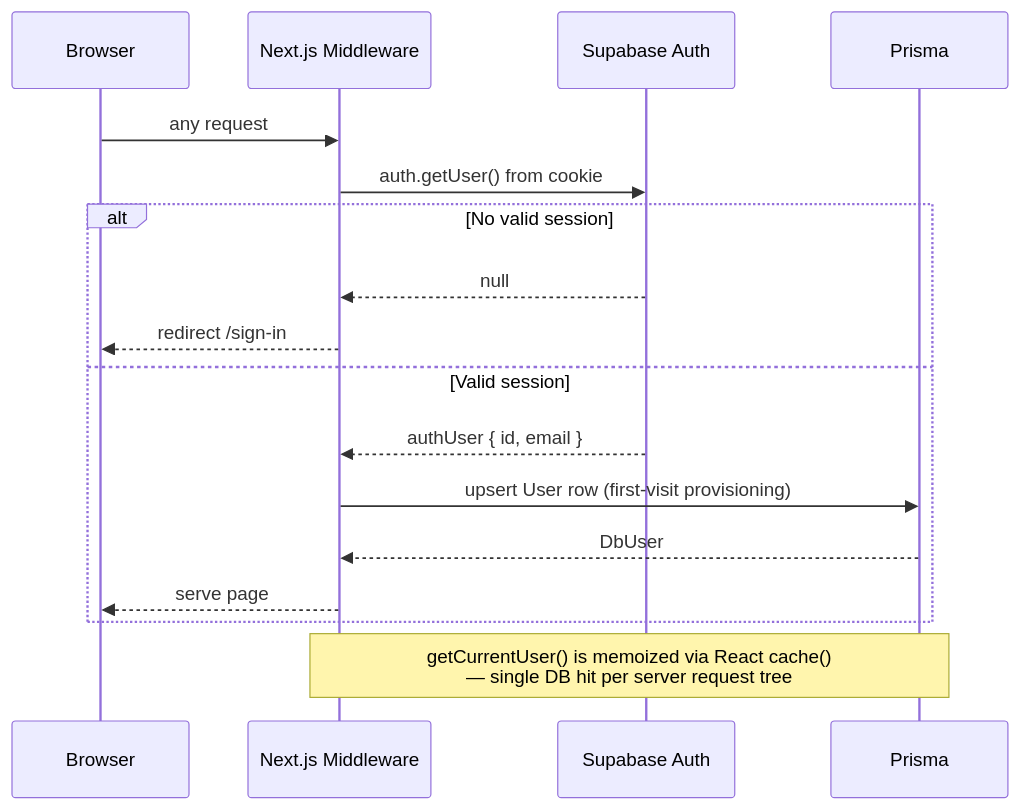
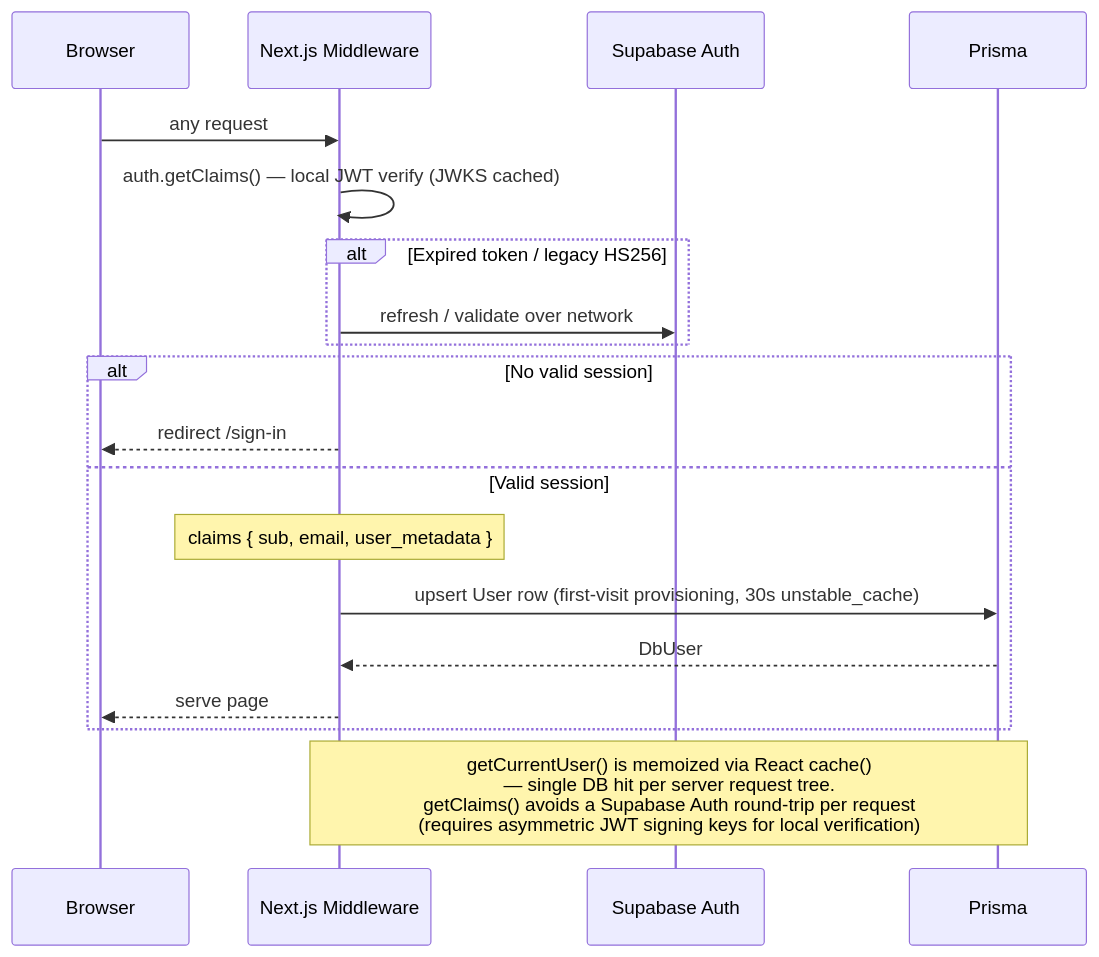
Before and after one commit to lqtrung-95/ai-fe-interview: the eighth of 10 diagrams in docs/system-architecture.md, drawn with Mermaid. The commit also changed 2 other files, not shown here.

Commit message:
docs: update auth flow diagram and add nav perf investigation reports

````diff
--- a/docs/system-architecture.md
+++ b/docs/system-architecture.md
@@ -396,21 +396,23 @@
 ```mermaid
 sequenceDiagram
     participant B as Browser
     participant MW as Next.js Middleware
     participant Supa as Supabase Auth
     participant DB as Prisma
 
     B->>MW: any request
-    MW->>Supa: auth.getUser() from cookie
+    MW->>MW: auth.getClaims() — local JWT verify (JWKS cached)
+    alt Expired token / legacy HS256
+        MW->>Supa: refresh / validate over network
+    end
     alt No valid session
-        Supa-->>MW: null
         MW-->>B: redirect /sign-in
     else Valid session
-        Supa-->>MW: authUser { id, email }
-        MW->>DB: upsert User row (first-visit provisioning)
+        Note over MW: claims { sub, email, user_metadata }
+        MW->>DB: upsert User row (first-visit provisioning, 30s unstable_cache)
         DB-->>MW: DbUser
         MW-->>B: serve page
     end
 
-    Note over MW,DB: getCurrentUser() is memoized via React cache()<br/>— single DB hit per server request tree
+    Note over MW,DB: getCurrentUser() is memoized via React cache()<br/>— single DB hit per server request tree.<br/>getClaims() avoids a Supabase Auth round-trip per request<br/>(requires asymmetric JWT signing keys for local verification)
 ```
````
